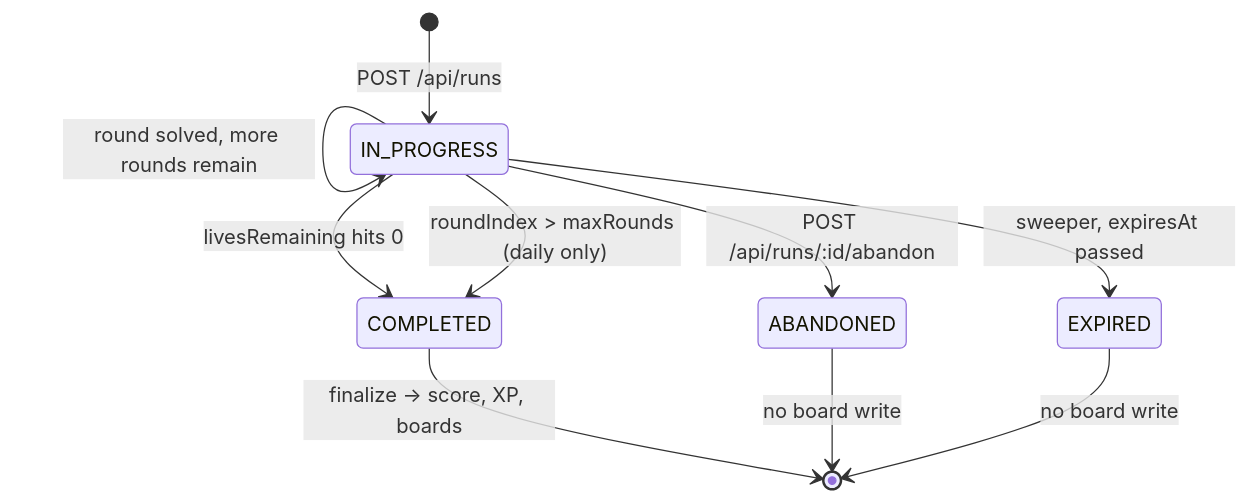
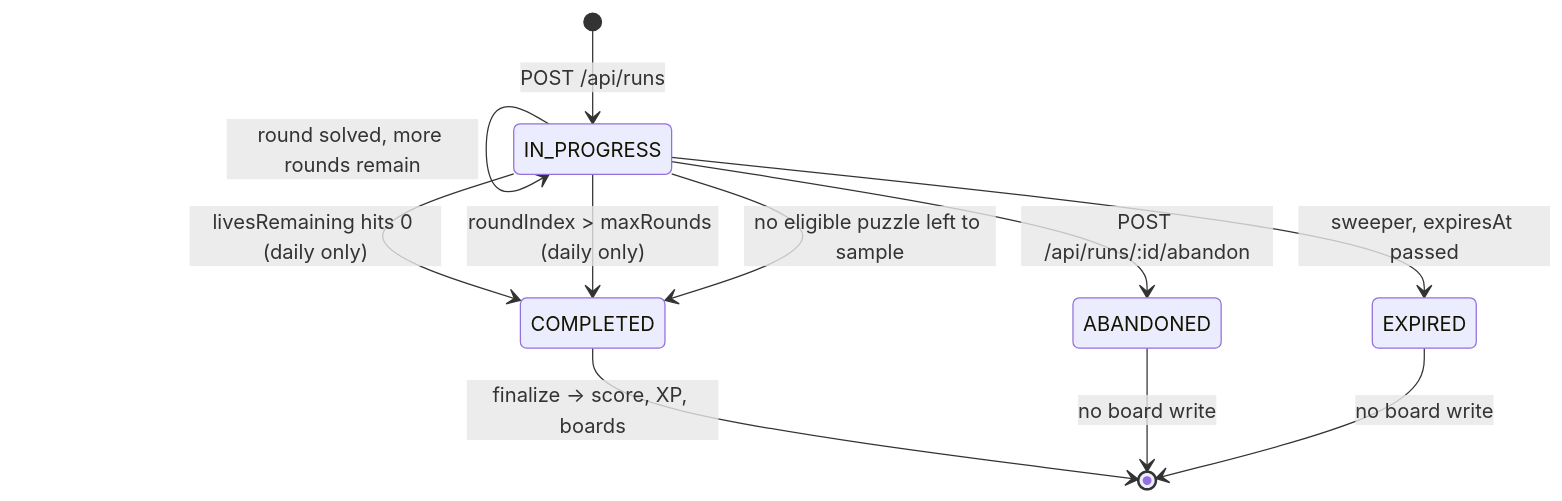
Before and after one commit to scalystic/guessing-games: the first of 2 diagrams in docs/game-engine.md, drawn with Mermaid. The commit also changed other lines of this file and 11 other files, not shown here.

````diff
--- a/docs/game-engine.md
+++ b/docs/game-engine.md
@@ -25,12 +25,13 @@
 ```mermaid
 stateDiagram-v2
     [*] --> IN_PROGRESS: POST /api/runs
     IN_PROGRESS --> IN_PROGRESS: round solved, more rounds remain
-    IN_PROGRESS --> COMPLETED: livesRemaining hits 0
+    IN_PROGRESS --> COMPLETED: livesRemaining hits 0 (daily only)
     IN_PROGRESS --> COMPLETED: roundIndex > maxRounds (daily only)
+    IN_PROGRESS --> COMPLETED: no eligible puzzle left to sample
     IN_PROGRESS --> ABANDONED: POST /api/runs/:id/abandon
     IN_PROGRESS --> EXPIRED: sweeper, expiresAt passed
     COMPLETED --> [*]: finalize → score, XP, boards
     ABANDONED --> [*]: no board write
     EXPIRED --> [*]: no board write
 ```
````
